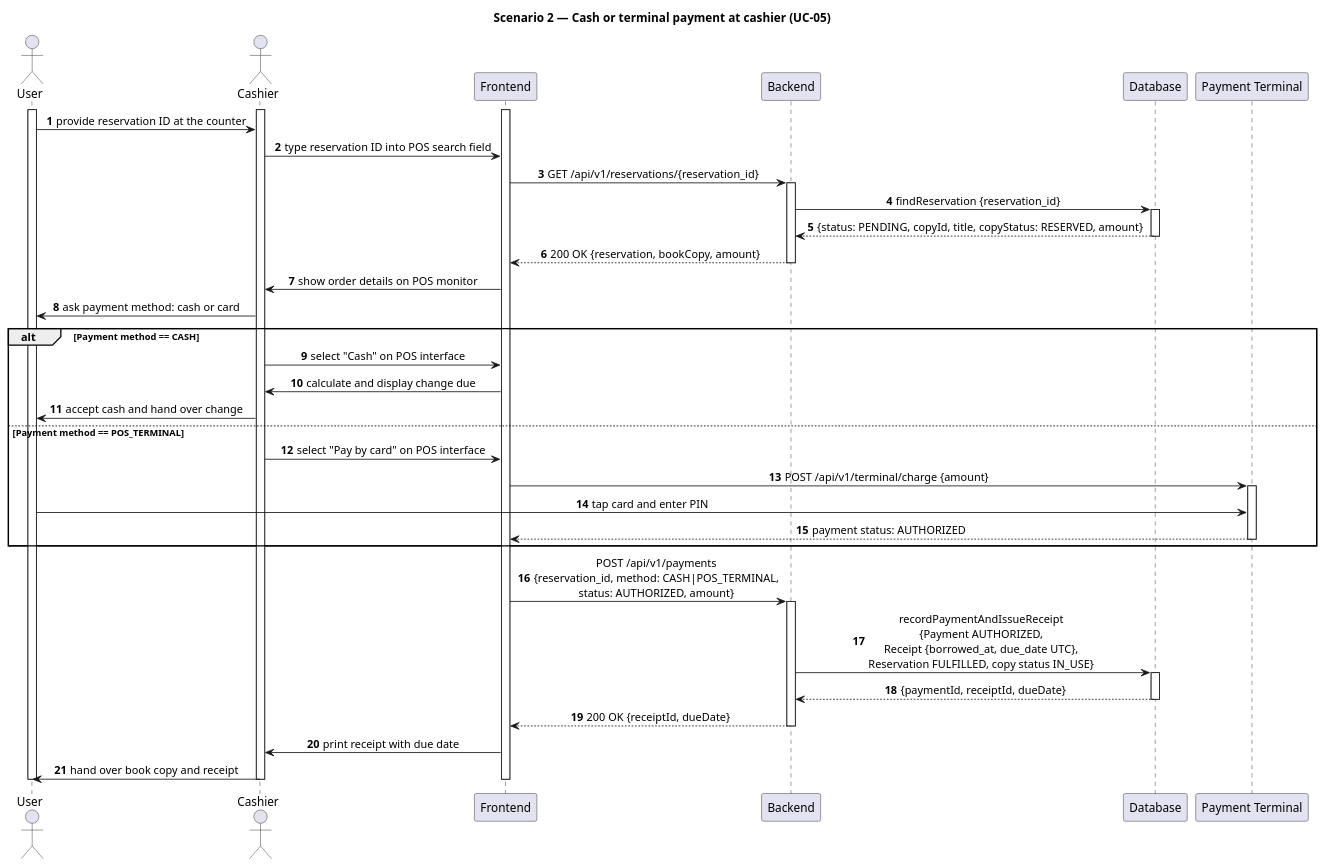
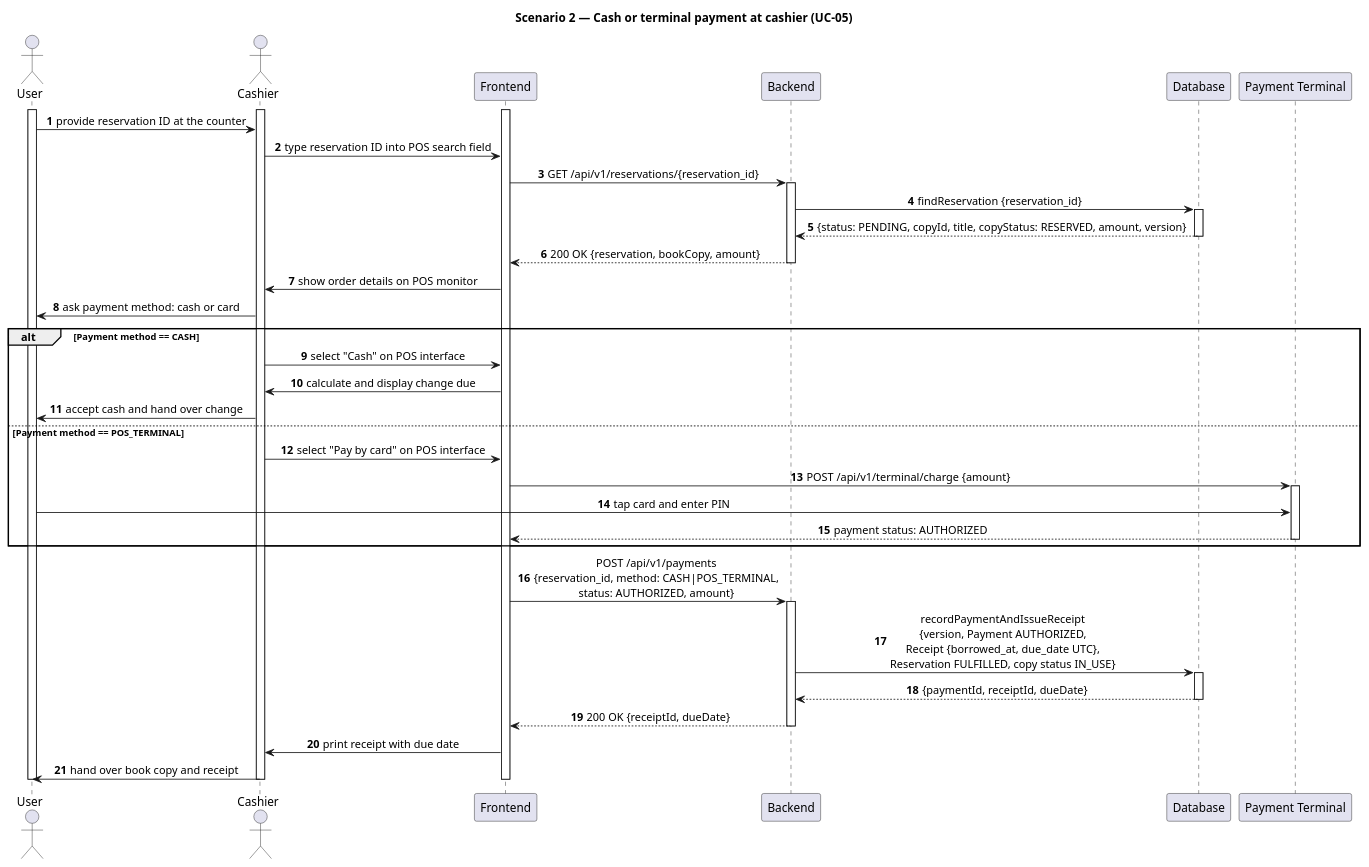
Before and after one commit to dimpennn/KPI-2: the diagram in Lab3/artifacts/scenario-2.puml, drawn with PlantUML. The commit also changed 3 other files, not shown here.

```diff
--- a/Lab3/artifacts/scenario-2.puml
+++ b/Lab3/artifacts/scenario-2.puml
@@ -1,61 +1,61 @@
 @startuml
 title Scenario 2 — Cash or terminal payment at cashier (UC-05)
 skinparam sequenceMessageAlign center
 
 actor "User" as User
 actor "Cashier" as Cashier
 participant "Frontend" as Frontend
 participant "Backend" as Backend
 participant "Database" as Database
 participant "Payment Terminal" as Terminal
 
 autonumber
 
 activate User
 activate Cashier
 activate Frontend
 
 User -> Cashier: provide reservation ID at the counter
 Cashier -> Frontend: type reservation ID into POS search field
 
 Frontend -> Backend: GET /api/v1/reservations/{reservation_id}
 activate Backend
 Backend -> Database: findReservation {reservation_id}
 activate Database
-Database --> Backend: {status: PENDING, copyId, title, copyStatus: RESERVED, amount}
+Database --> Backend: {status: PENDING, copyId, title, copyStatus: RESERVED, amount, version}
 deactivate Database
 Backend --> Frontend: 200 OK {reservation, bookCopy, amount}
 deactivate Backend
 
 Frontend -> Cashier: show order details on POS monitor
 Cashier -> User: ask payment method: cash or card
 
 alt Payment method == CASH
   Cashier -> Frontend: select "Cash" on POS interface
   Frontend -> Cashier: calculate and display change due
   Cashier -> User: accept cash and hand over change
 else Payment method == POS_TERMINAL
   Cashier -> Frontend: select "Pay by card" on POS interface
   Frontend -> Terminal: POST /api/v1/terminal/charge {amount}
   activate Terminal
   User -> Terminal: tap card and enter PIN
   Terminal --> Frontend: payment status: AUTHORIZED
   deactivate Terminal
 end
 
 Frontend -> Backend: POST /api/v1/payments\n{reservation_id, method: CASH|POS_TERMINAL,\nstatus: AUTHORIZED, amount}
 activate Backend
-Backend -> Database: recordPaymentAndIssueReceipt\n{Payment AUTHORIZED,\nReceipt {borrowed_at, due_date UTC},\nReservation FULFILLED, copy status IN_USE}
+Backend -> Database: recordPaymentAndIssueReceipt\n{version, Payment AUTHORIZED,\nReceipt {borrowed_at, due_date UTC},\nReservation FULFILLED, copy status IN_USE}
 activate Database
 Database --> Backend: {paymentId, receiptId, dueDate}
 deactivate Database
 Backend --> Frontend: 200 OK {receiptId, dueDate}
 deactivate Backend
 
 Frontend -> Cashier: print receipt with due date
 Cashier -> User: hand over book copy and receipt
 
 deactivate Cashier
 deactivate Frontend
 deactivate User
 @enduml
```
